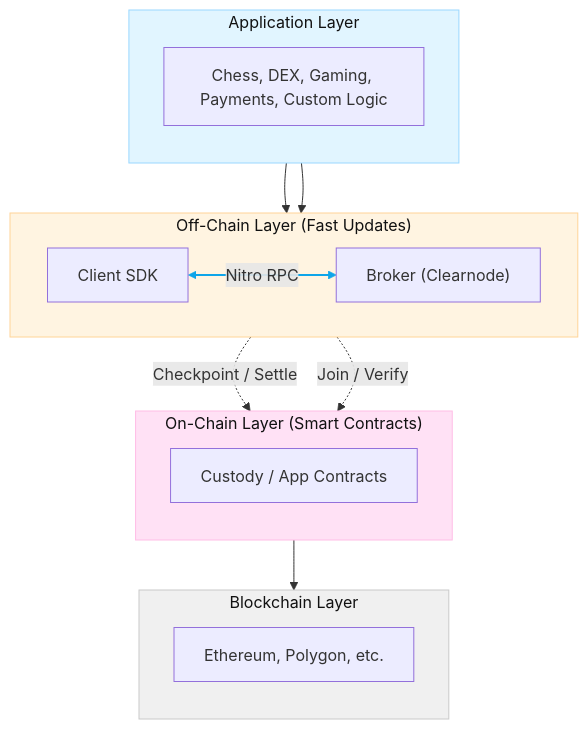
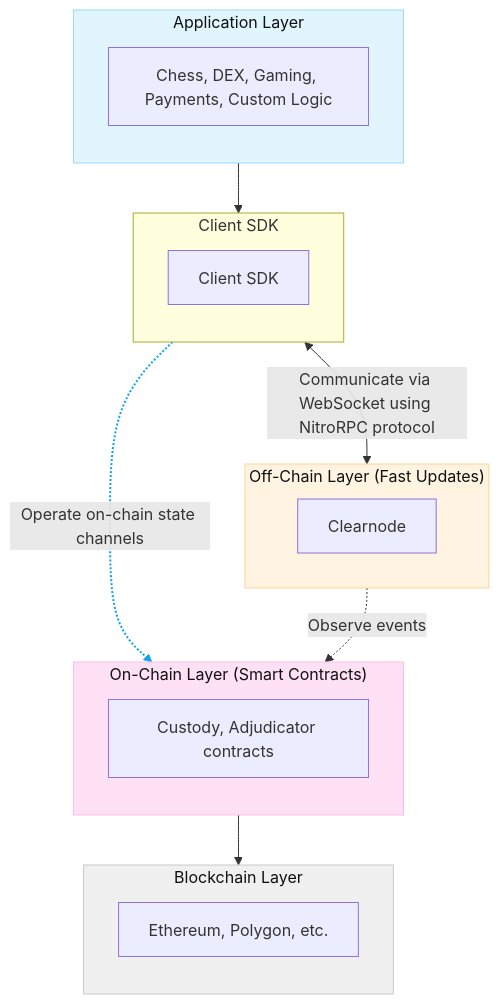
Before and after one commit to layer-3/docs: the first of 4 diagrams in docs/protocol/architecture.mdx, drawn with Mermaid. The commit also changed other lines of this file and 5 other files, not shown here.

````diff
--- a/docs/protocol/architecture.mdx
+++ b/docs/protocol/architecture.mdx
@@ -15,42 +15,45 @@
 ```mermaid
 graph TB
 
   %% Layered architecture with legible fills for light/dark modes
 
   subgraph Application["Application Layer"]
     direction TB
     APP["Chess, DEX, Gaming, Payments, Custom Logic"]
   end
 
   subgraph OffChain["Off-Chain Layer (Fast Updates)"]
     direction LR
+    BROKER["Clearnode"]
+  end
+
+  subgraph ClientLayer["Client SDK"]
+    direction TB
     CLIENT["Client SDK"]
-    BROKER["Broker (Clearnode)"]
   end
 
   subgraph OnChain["On-Chain Layer (Smart Contracts)"]
     direction TB
-    CONTRACTS["Custody / App Contracts"]
+    CONTRACTS["Custody, Adjudicator contracts"]
   end
 
   subgraph Blockchain["Blockchain Layer"]
     direction TB
     CHAIN["Ethereum, Polygon, etc."]
   end
 
   APP --> CLIENT
-  APP --> BROKER
-  CLIENT <-->|"Nitro RPC"| BROKER
-  CLIENT -. "Checkpoint / Settle" .-> CONTRACTS
-  BROKER -. "Join / Verify" .-> CONTRACTS
+  CLIENT <-->|"Communicate via WebSocket using NitroRPC protocol"| BROKER
+  CLIENT -. "Operate on-chain state channels" .-> CONTRACTS
+  BROKER -. "Observe events" .-> CONTRACTS
   CONTRACTS --> CHAIN
 
   %% Subgraph fills (kept light for both themes)
   style Application fill:#e1f5ff,stroke:#9ad7ff,color:#111
   style OffChain fill:#fff4e1,stroke:#ffd497,color:#111
   style OnChain fill:#ffe1f5,stroke:#ffbde6,color:#111
   style Blockchain fill:#f0f0f0,stroke:#c9c9c9,color:#111
 
   %% Emphasize the RPC link (index 2 in the edge list above)
   linkStyle 2 stroke:#0ea5e9,stroke-width:2px
 ```
````
